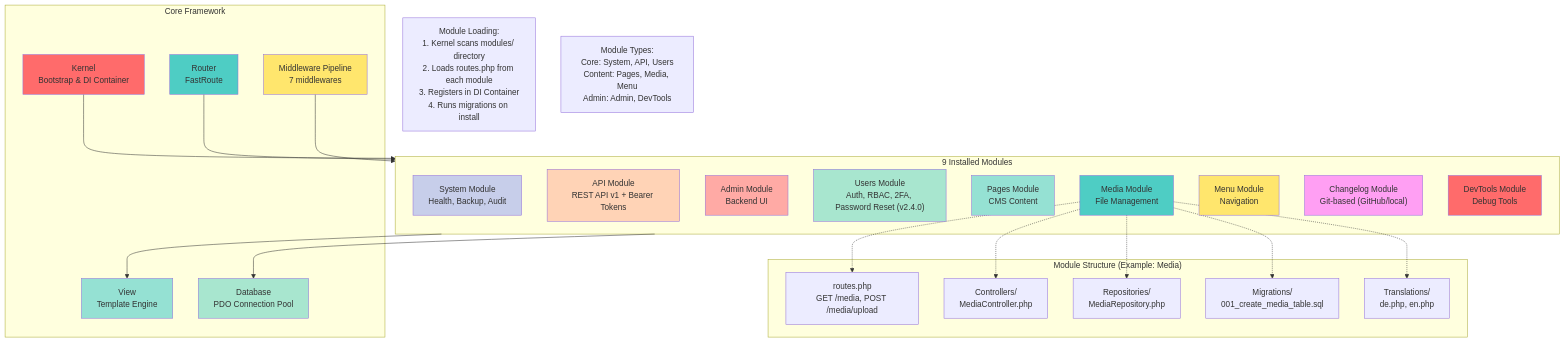
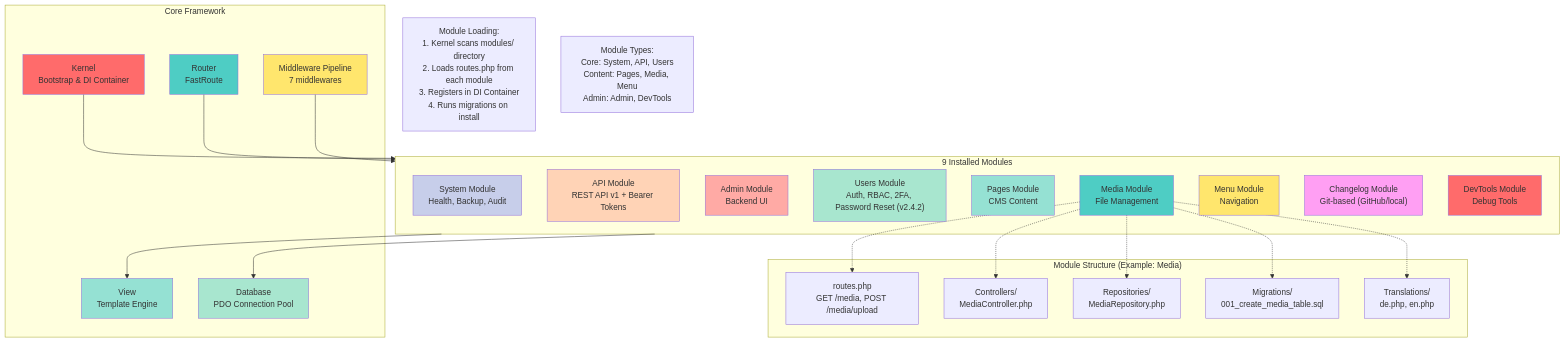
One commit to SLAED-CMS/LAAS changed the diagram in docs/diagrams/module-structure.mmd. Above: the diagram before and after it, drawn with Mermaid. The commit also changed 8 other files, not shown here.

First line of the commit message:
docs(versions): update to v2.4.2 - asset architecture & frontend separation

```diff
--- a/docs/diagrams/module-structure.mmd
+++ b/docs/diagrams/module-structure.mmd
@@ -1,67 +1,67 @@
 graph TD
-    %% LAAS CMS v2.4.0 - Module Architecture
+    %% LAAS CMS v2.4.2 - Module Architecture
     %% 9 modules: System, API, Admin, Users, Pages, Media, Menu, Changelog, DevTools
     %% Loading: Kernel scans modules/ -> reads config/modules.php -> includes routes.php
     %% Types: Core (required), Content (can disable), Admin (dev-only)
-    %% Security: 2FA/TOTP, Password Reset, Session Timeout (v2.4.0)
-    %% Version: v2.4.0 (2026-01-07)
+    %% Security: 2FA/TOTP, Password Reset, Session Timeout (v2.4.2)
+    %% Version: v2.4.2 (2026-01-10)
 
     subgraph Core["Core Framework"]
         Kernel["Kernel<br/>Bootstrap & DI Container"]
         Router["Router<br/>FastRoute"]
         Middleware["Middleware Pipeline<br/>7 middlewares"]
         View["View<br/>Template Engine"]
         DB["Database<br/>PDO Connection Pool"]
     end
 
     subgraph Modules["9 Installed Modules"]
         System["System Module<br/>Health, Backup, Audit"]
         API["API Module<br/>REST API v1 + Bearer Tokens"]
         Admin["Admin Module<br/>Backend UI"]
-        Users["Users Module<br/>Auth, RBAC, 2FA, Password Reset (v2.4.0)"]
+        Users["Users Module<br/>Auth, RBAC, 2FA, Password Reset (v2.4.2)"]
         Pages["Pages Module<br/>CMS Content"]
         Media["Media Module<br/>File Management"]
         Menu["Menu Module<br/>Navigation"]
         Changelog["Changelog Module<br/>Git-based (GitHub/local)"]
         DevTools["DevTools Module<br/>Debug Tools"]
     end
 
     subgraph ModuleStructure["Module Structure (Example: Media)"]
         Routes["routes.php<br/>GET /media, POST /media/upload"]
         Controllers["Controllers/<br/>MediaController.php"]
         Repos["Repositories/<br/>MediaRepository.php"]
         Migrations["Migrations/<br/>001_create_media_table.sql"]
         Translations["Translations/<br/>de.php, en.php"]
     end
 
     Kernel --> Modules
     Router --> Modules
     Middleware --> Modules
     Modules --> DB
     Modules --> View
 
     Media -.-> Routes
     Media -.-> Controllers
     Media -.-> Repos
     Media -.-> Migrations
     Media -.-> Translations
 
     style Kernel fill:#ff6b6b
     style Router fill:#4ecdc4
     style Middleware fill:#ffe66d
     style View fill:#95e1d3
     style DB fill:#a8e6cf
 
     style System fill:#c7ceea
     style API fill:#ffd3b6
     style Admin fill:#ffaaa5
     style Users fill:#a8e6cf
     style Pages fill:#95e1d3
     style Media fill:#4ecdc4
     style Menu fill:#ffe66d
     style Changelog fill:#ff9ff3
     style DevTools fill:#ff6b6b
 
     %% Notes
     Note1["Module Loading:<br/>1. Kernel scans modules/ directory<br/>2. Loads routes.php from each module<br/>3. Registers in DI Container<br/>4. Runs migrations on install"]
     Note2["Module Types:<br/>Core: System, API, Users<br/>Content: Pages, Media, Menu<br/>Admin: Admin, DevTools"]
```
